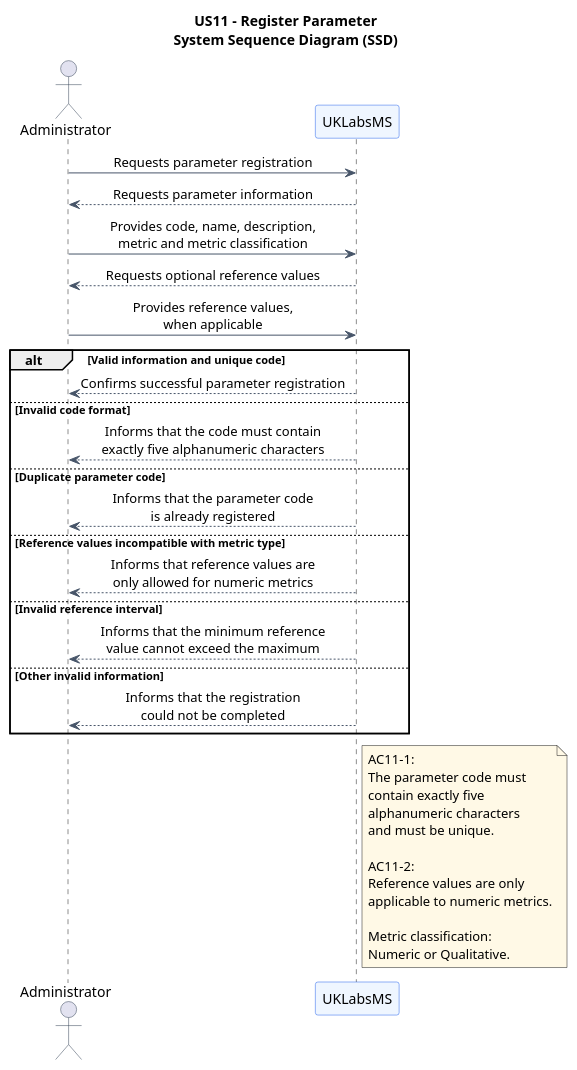
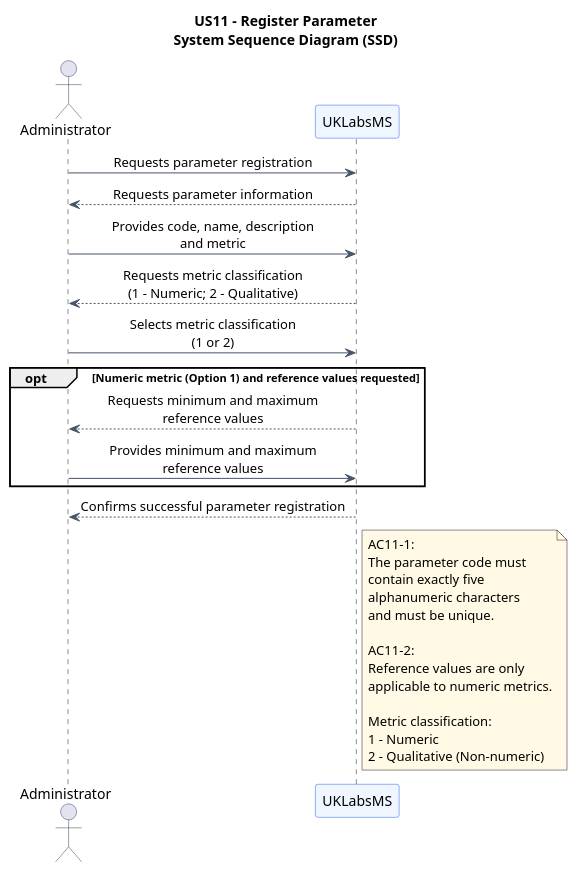
One commit to jmaia574/leti-esoft-26-27-B6 changed the diagram in docs/system-documentation/US11/puml/US11-SSD.puml. Above: the diagram before and after it, drawn with PlantUML. The commit also changed 1 other file, not shown here.

```diff
--- a/docs/system-documentation/US11/puml/US11-SSD.puml
+++ b/docs/system-documentation/US11/puml/US11-SSD.puml
@@ -1,77 +1,70 @@
 @startuml
 
 title US11 - Register Parameter\nSystem Sequence Diagram (SSD)
 
 skinparam backgroundColor #FFFFFF
 skinparam shadowing false
 skinparam sequenceMessageAlign center
 skinparam responseMessageBelowArrow true
 skinparam ParticipantBorderColor #2563EB
 skinparam ParticipantBackgroundColor #EFF6FF
 skinparam ActorBorderColor #334155
 skinparam ArrowColor #475569
 skinparam NoteBackgroundColor #FFF9E6
 
 actor "Administrator" as Admin
 participant "UKLabsMS" as System
 
 ' =====================================================
 ' Main Success Scenario
 ' =====================================================
 
 Admin -> System : Requests parameter registration
 
 System --> Admin : Requests parameter information
 
-Admin -> System : Provides code, name, description,\nmetric and metric classification
+Admin -> System : Provides code, name, description\nand metric
 
-System --> Admin : Requests optional reference values
+System --> Admin : Requests metric classification\n(1 - Numeric; 2 - Qualitative)
 
-Admin -> System : Provides reference values,\nwhen applicable
+Admin -> System : Selects metric classification\n(1 or 2)
 
-alt Valid information and unique code
+' =====================================================
+' Optional Reference Values
+' =====================================================
 
-    System --> Admin : Confirms successful parameter registration
+opt Numeric metric (Option 1) and reference values requested
 
-else Invalid code format
+    System --> Admin : Requests minimum and maximum\nreference values
 
-    System --> Admin : Informs that the code must contain\nexactly five alphanumeric characters
-
-else Duplicate parameter code
-
-    System --> Admin : Informs that the parameter code\nis already registered
-
-else Reference values incompatible with metric type
-
-    System --> Admin : Informs that reference values are\nonly allowed for numeric metrics
-
-else Invalid reference interval
-
-    System --> Admin : Informs that the minimum reference\nvalue cannot exceed the maximum
-
-else Other invalid information
-
-    System --> Admin : Informs that the registration\ncould not be completed
+    Admin -> System : Provides minimum and maximum\nreference values
 
 end
+
+' =====================================================
+' Successful Registration
+' =====================================================
+
+System --> Admin : Confirms successful parameter registration
 
 ' =====================================================
 ' Acceptance Criteria
 ' =====================================================
 
 note right of System
 AC11-1:
 The parameter code must
 contain exactly five
 alphanumeric characters
 and must be unique.
 
 AC11-2:
 Reference values are only
 applicable to numeric metrics.
 
 Metric classification:
-Numeric or Qualitative.
+1 - Numeric
+2 - Qualitative (Non-numeric)
 end note
 
 @enduml
```
